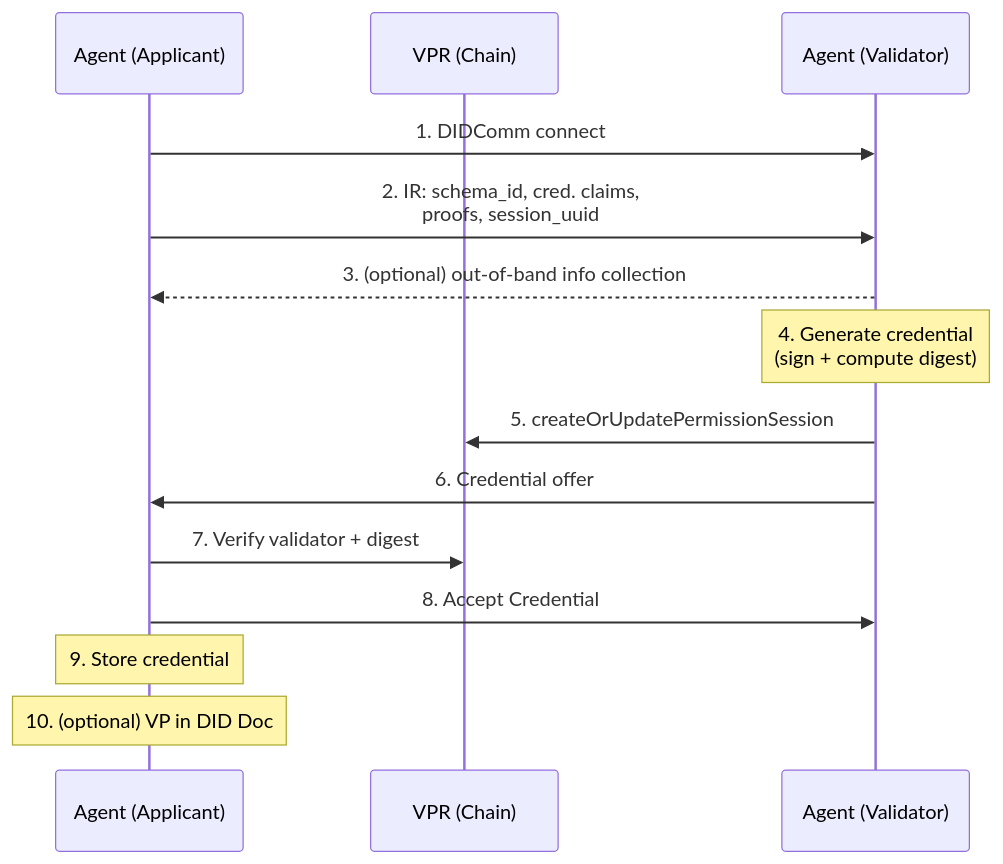
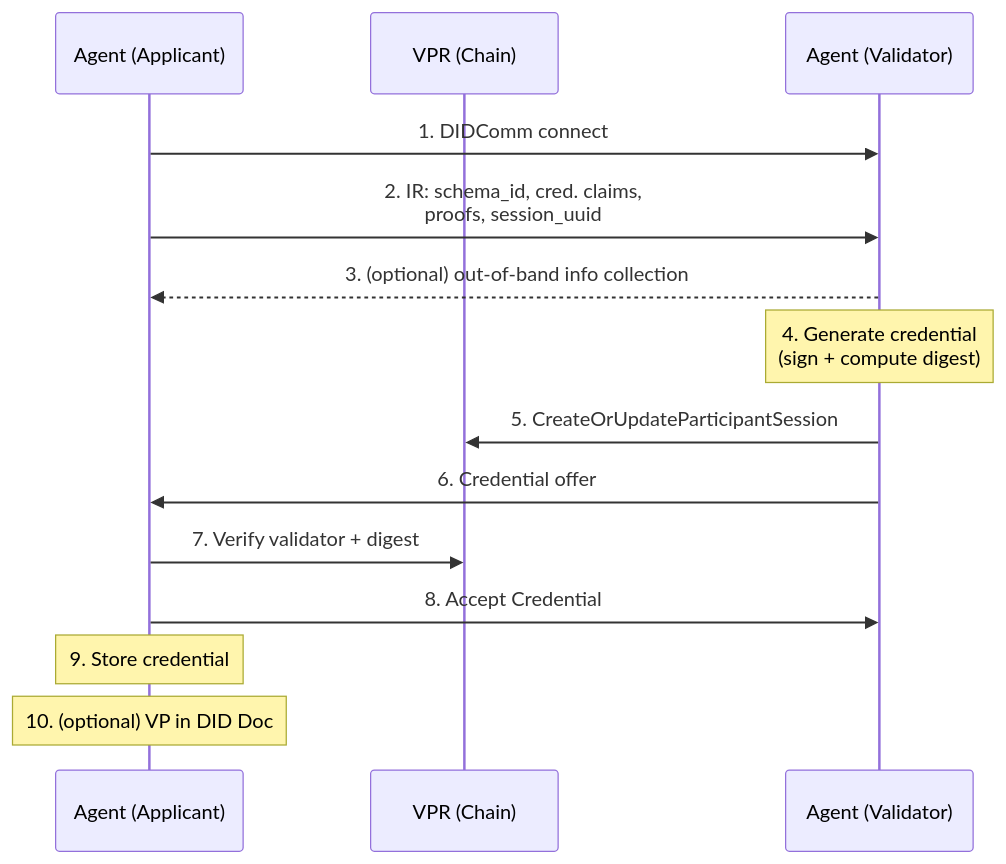
The eighth of 10 diagrams in v4/vs-agent/spec.md (verana-labs/verana-spec), drawn with Mermaid before and after one commit. The commit also changed other lines of this file and 3 other files, not shown here.

````diff
--- a/v4/vs-agent/spec.md
+++ b/v4/vs-agent/spec.md
@@ -556,17 +588,17 @@
 ```mermaid
 sequenceDiagram
     participant Applicant as Agent (Applicant)
     participant VPR as VPR (Chain)
     participant Validator as Agent (Validator)
 
     Applicant->>Validator: 1. DIDComm connect
     Applicant->>Validator: 2. IR: schema_id, cred. claims,<br/>proofs, session_uuid
     Validator-->>Applicant: 3. (optional) out-of-band info collection
     Note over Validator: 4. Generate credential<br/>(sign + compute digest)
-    Validator->>VPR: 5. createOrUpdatePermissionSession
+    Validator->>VPR: 5. CreateOrUpdateParticipantSession
     Validator->>Applicant: 6. Credential offer
     Applicant->>VPR: 7. Verify validator + digest
     Applicant->>Validator: 8. Accept Credential
     Note over Applicant: 9. Store credential
     Note over Applicant: 10. (optional) VP in DID Doc
 ```
````
